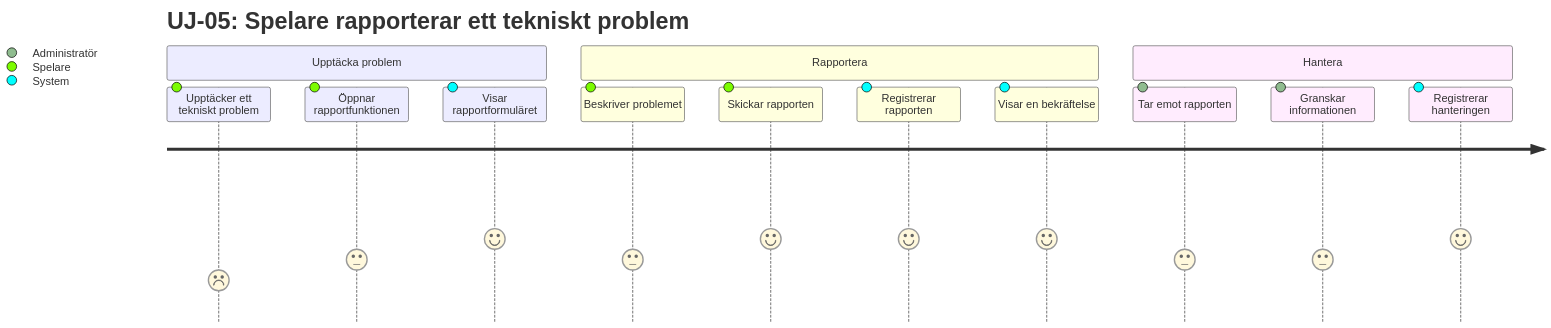
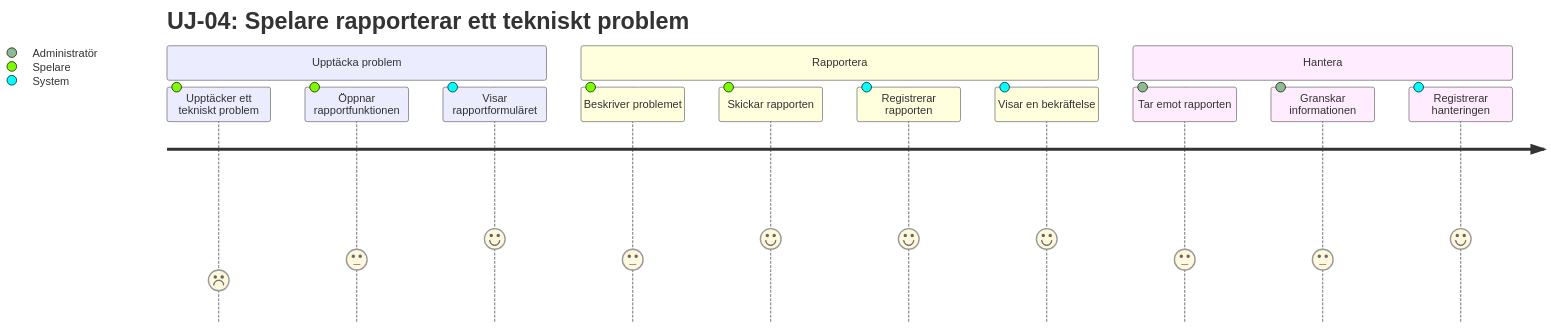
Before and after one commit to SebTns/Gomoku: the fourth of 4 diagrams in docs/requirements/06-user-journey.md, drawn with Mermaid. The commit also changed other lines of this file, not shown here.

Commit message:
Rename user journey UJ-05 to UJ-04

````diff
--- a/docs/requirements/06-user-journey.md
+++ b/docs/requirements/06-user-journey.md
@@ -100,20 +100,20 @@
 ```mermaid
 journey
-    title UJ-05: Spelare rapporterar ett tekniskt problem
+    title UJ-04: Spelare rapporterar ett tekniskt problem
 
     section Upptäcka problem
       Upptäcker ett tekniskt problem: 2: Spelare
       Öppnar rapportfunktionen: 3: Spelare
       Visar rapportformuläret: 4: System
 
     section Rapportera
       Beskriver problemet: 3: Spelare
       Skickar rapporten: 4: Spelare
       Registrerar rapporten: 4: System
       Visar en bekräftelse: 4: System
 
     section Hantera
       Tar emot rapporten: 3: Administratör
       Granskar informationen: 3: Administratör
       Registrerar hanteringen: 4: System
 ```
````
